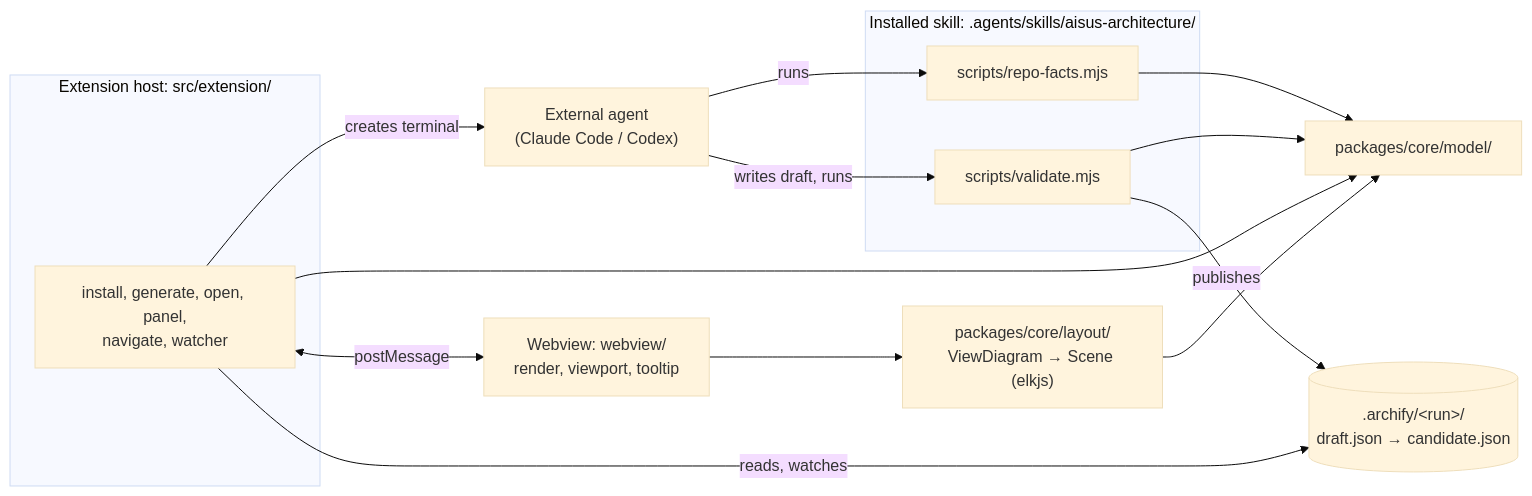
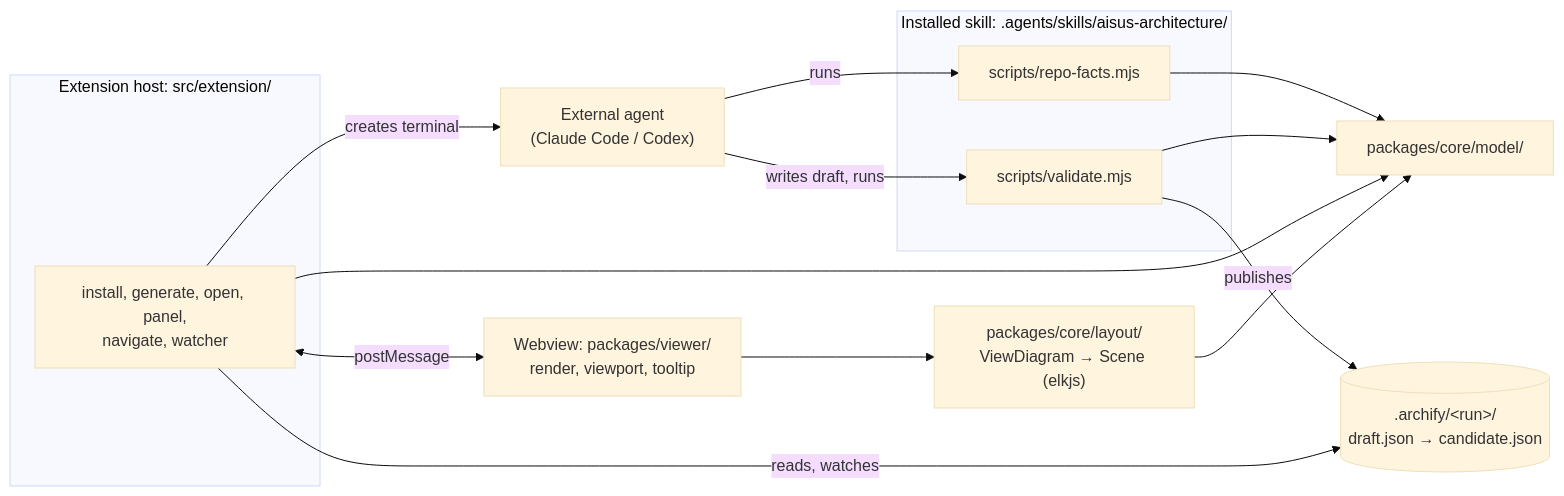
One commit to aisusdev/aisus changed the first of 4 diagrams in docs/architecture.md. Above: the diagram before and after it, drawn with Mermaid (base theme). The commit also changed other lines of this file and 51 other files, not shown here.

First line of the commit message:
layout: the map viewer becomes @aisus/viewer in packages/viewer

````diff
--- a/docs/architecture.md
+++ b/docs/architecture.md
@@ -9,27 +9,27 @@
 ```mermaid
 flowchart LR
   agent["External agent<br/>(Claude Code / Codex)"]
   subgraph skill["Installed skill: .agents/skills/aisus-architecture/"]
     rf["scripts/repo-facts.mjs"]
     val["scripts/validate.mjs"]
   end
   subgraph ext["Extension host: src/extension/"]
     host["install, generate, open, panel,<br/>navigate, watcher"]
   end
-  web["Webview: webview/<br/>render, viewport, tooltip"]
+  web["Webview: packages/viewer/<br/>render, viewport, tooltip"]
   model["packages/core/model/"]
   layout["packages/core/layout/<br/>ViewDiagram → Scene (elkjs)"]
   disk[(".archify/&lt;run&gt;/<br/>draft.json → candidate.json")]
 
   agent -- "runs" --> rf
   agent -- "writes draft, runs" --> val
   rf --> model
   val --> model
   val -- "publishes" --> disk
   host --> model
   host <-- "postMessage" --> web
   web --> layout
   layout --> model
   host -- "reads, watches" --> disk
   host -- "creates terminal" --> agent
 ```
````
